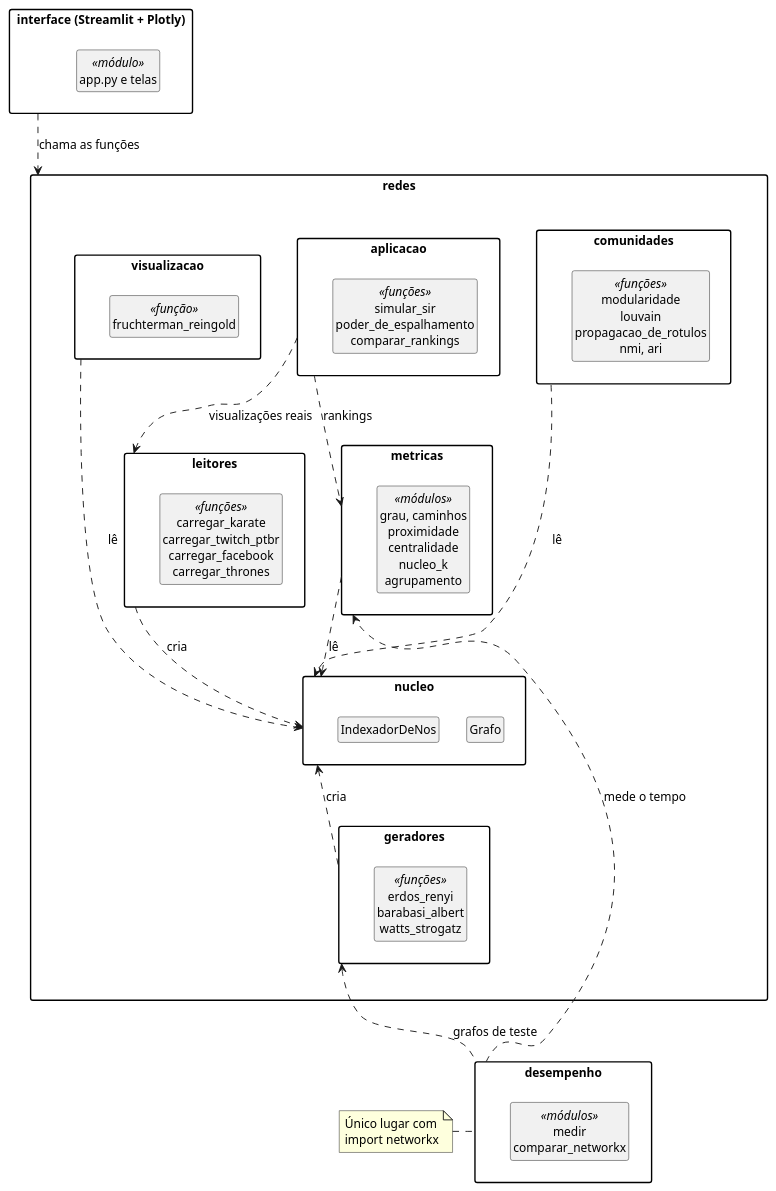
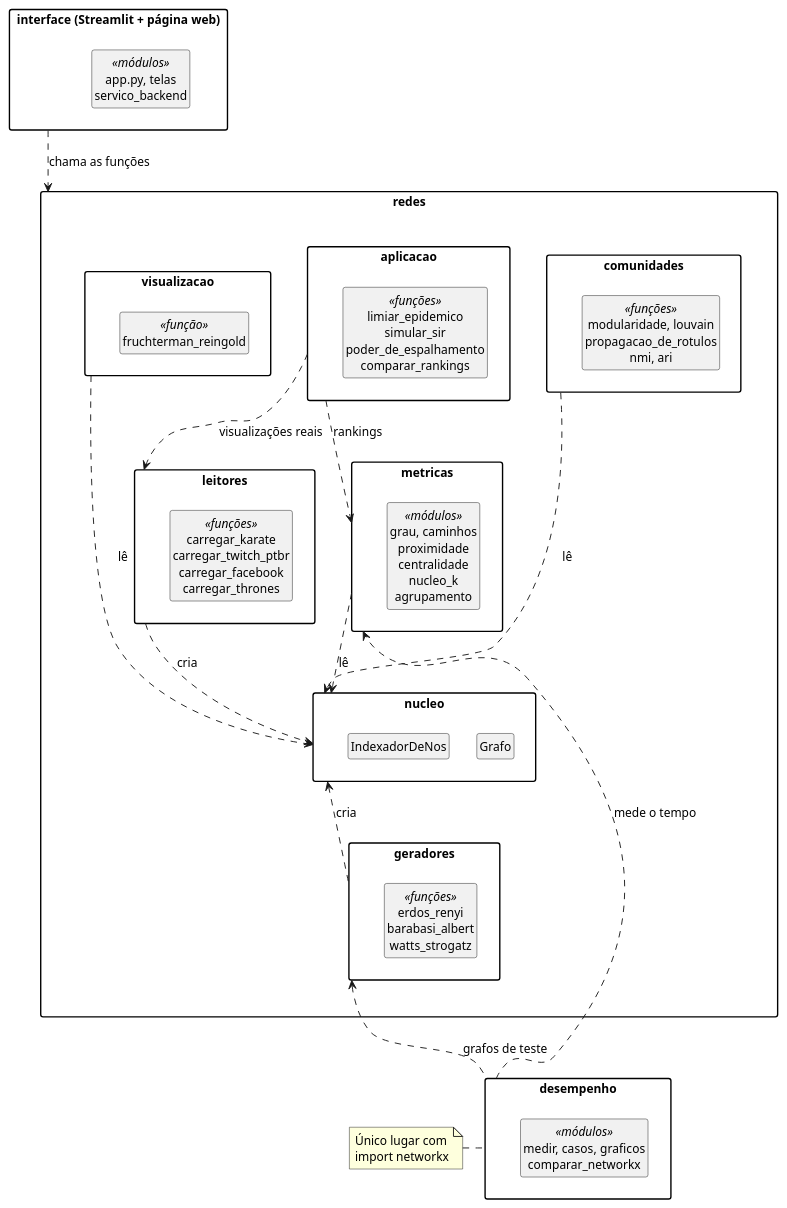
One commit to ofazax/tp-grafos-redes-sociais changed the diagram in documentos/uml/pacotes.puml. Above: the diagram before and after it, drawn with PlantUML. The commit also changed 1 other file, not shown here.

Commit message:
docs: atualiza o diagrama de pacotes com a interface e os módulos atuais

```diff
--- a/documentos/uml/pacotes.puml
+++ b/documentos/uml/pacotes.puml
@@ -1,68 +1,68 @@
 @startuml pacotes
-' Diagrama de pacotes: como os módulos do TP dependem uns dos outros (Frente 1, Etapa 1).
+' Diagrama de pacotes: como os módulos do TP dependem uns dos outros (Frente 1).
 ' O detalhe da classe Grafo está em classes.puml.
 ' Para gerar a imagem: extensão PlantUML do VS Code (Alt+D) ou
 '   java -jar plantuml.jar -tpng documentos/uml/pacotes.puml
 
 skinparam packageStyle rectangle
 skinparam shadowing false
 skinparam defaultFontName Arial
 skinparam defaultFontSize 13
 skinparam ranksep 40
 skinparam nodesep 30
 hide empty members
 hide circle
 
-package "interface (Streamlit + Plotly)" as interface {
-  class "app.py e telas" as telas <<módulo>>
+package "interface (Streamlit + página web)" as interface {
+  class "app.py, telas\nservico_backend" as telas <<módulos>>
 }
 
 package "redes" as redes {
   package "aplicacao" as aplicacao {
-    class "simular_sir\npoder_de_espalhamento\ncomparar_rankings" as f_aplicacao <<funções>>
+    class "limiar_epidemico\nsimular_sir\npoder_de_espalhamento\ncomparar_rankings" as f_aplicacao <<funções>>
   }
   package "comunidades" as comunidades {
-    class "modularidade\nlouvain\npropagacao_de_rotulos\nnmi, ari" as f_comunidades <<funções>>
+    class "modularidade, louvain\npropagacao_de_rotulos\nnmi, ari" as f_comunidades <<funções>>
   }
   package "visualizacao" as visualizacao {
     class "fruchterman_reingold" as f_visualizacao <<função>>
   }
   package "metricas" as metricas {
     class "grau, caminhos\nproximidade\ncentralidade\nnucleo_k\nagrupamento" as f_metricas <<módulos>>
   }
   package "leitores" as leitores {
     class "carregar_karate\ncarregar_twitch_ptbr\ncarregar_facebook\ncarregar_thrones" as f_leitores <<funções>>
   }
   package "nucleo" as nucleo {
     class Grafo
     class IndexadorDeNos
   }
   package "geradores" as geradores {
     class "erdos_renyi\nbarabasi_albert\nwatts_strogatz" as f_geradores <<funções>>
   }
 }
 
 package "desempenho" as desempenho {
-  class "medir\ncomparar_networkx" as f_desempenho <<módulos>>
+  class "medir, casos, graficos\ncomparar_networkx" as f_desempenho <<módulos>>
 }
 
 interface .down.> redes : chama as funções
 
 aplicacao .down.> metricas : rankings
 aplicacao .down.> leitores : visualizações reais
 comunidades .down.> nucleo : lê
 visualizacao .down.> nucleo : lê
 metricas .down.> nucleo : lê
 leitores .down.> nucleo : cria
 geradores .up.> nucleo : cria
 desempenho .up.> geradores : grafos de teste
 desempenho .up.> metricas : mede o tempo
 
 comunidades -[hidden]down- metricas
 visualizacao -[hidden]down- leitores
 
 note left of desempenho
   Único lugar com
   import networkx
 end note
 @enduml
```
